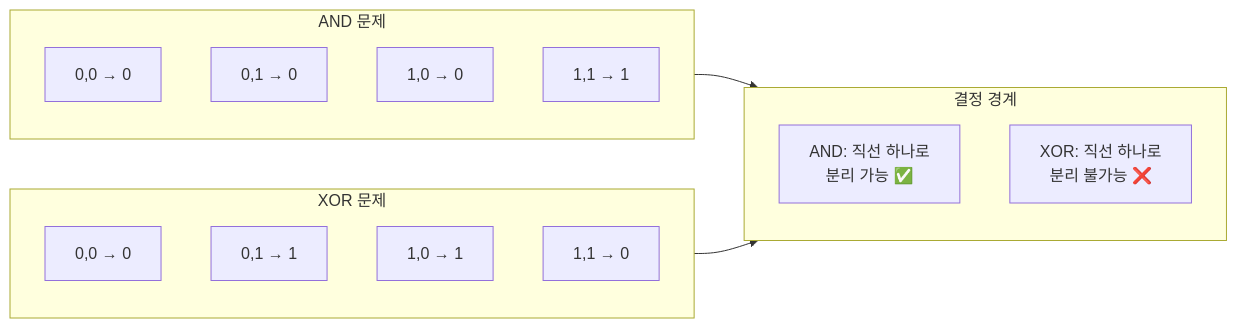
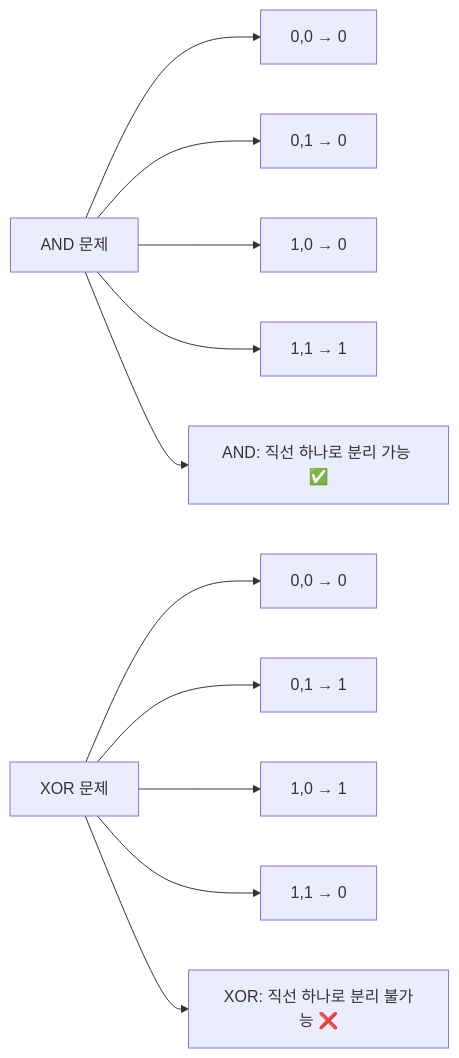
The fifth of 10 diagrams in ai-programming/01_서론/01_AI란.md (jingu279/Document), drawn with Mermaid before and after one commit. The commit also changed other lines of this file and 9 other files, not shown here.

Commit message:
Fix all broken Mermaid diagrams across AI book (cross-subgraph connections, reserved keywords, duplicate nodes)

````diff
--- a/ai-programming/01_서론/01_AI란.md
+++ b/ai-programming/01_서론/01_AI란.md
@@ -119,25 +114,28 @@
 ```mermaid
 flowchart LR
-  subgraph AND[AND 문제]
-    A1["0,0 → 0"] 
-    A2["0,1 → 0"]
-    A3["1,0 → 0"]
-    A4["1,1 → 1"]
-  end
+  AND_T["AND 문제"]
+  XOR_T["XOR 문제"]
 
-  subgraph XOR[XOR 문제]
-    X1["0,0 → 0"]
-    X2["0,1 → 1"]
-    X3["1,0 → 1"]
-    X4["1,1 → 0"]
-  end
+  A1["0,0 → 0"] 
+  A2["0,1 → 0"]
+  A3["1,0 → 0"]
+  A4["1,1 → 1"]
 
-  subgraph Line[결정 경계]
-    direction TB
-    L1["AND: 직선 하나로<br/>분리 가능 ✅"]
-    L2["XOR: 직선 하나로<br/>분리 불가능 ❌"]
-  end
+  X1["0,0 → 0"]
+  X2["0,1 → 1"]
+  X3["1,0 → 1"]
+  X4["1,1 → 0"]
 
-  AND --> L1
-  XOR --> L2
+  AND_T --> A1
+  AND_T --> A2
+  AND_T --> A3
+  AND_T --> A4
+
+  XOR_T --> X1
+  XOR_T --> X2
+  XOR_T --> X3
+  XOR_T --> X4
+
+  AND_T --> L1["AND: 직선 하나로 분리 가능 ✅"]
+  XOR_T --> L2["XOR: 직선 하나로 분리 불가능 ❌"]
 ```
````
